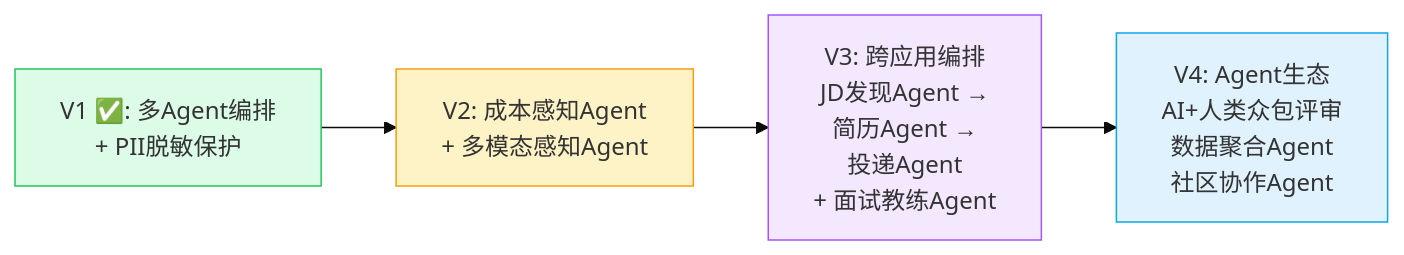
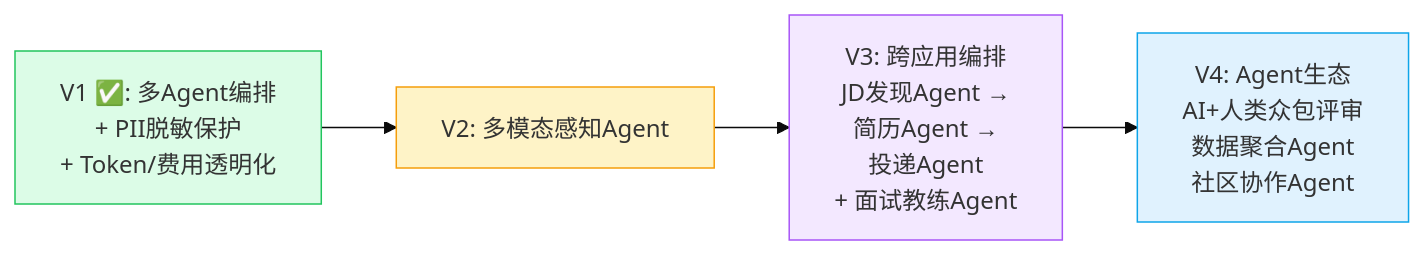
Before and after one commit to wukun2005-gif/resumeTailor: the eighth of 8 diagrams in README.md, drawn with Mermaid (base theme). The commit also changed other lines of this file, not shown here.

````diff
--- a/README.md
+++ b/README.md
@@ -711,11 +751,11 @@
 ```mermaid
 flowchart LR
-    V1["V1 ✅: 多Agent编排<br/>+ PII脱敏保护"] --> V2["V2: 成本感知Agent<br/>+ 多模态感知Agent"]
+    V1["V1 ✅: 多Agent编排<br/>+ PII脱敏保护<br/>+ Token/费用透明化"] --> V2["V2: 多模态感知Agent"]
     V2 --> V3["V3: 跨应用编排<br/>JD发现Agent →<br/>简历Agent →<br/>投递Agent<br/>+ 面试教练Agent"]
     V3 --> V4["V4: Agent生态<br/>AI+人类众包评审<br/>数据聚合Agent<br/>社区协作Agent"]
 
     style V1 fill:#dcfce7,stroke:#22c55e
     style V2 fill:#fef3c7,stroke:#f59e0b
     style V3 fill:#f3e8ff,stroke:#a855f7
     style V4 fill:#e0f2fe,stroke:#0ea5e9
 ```
````
